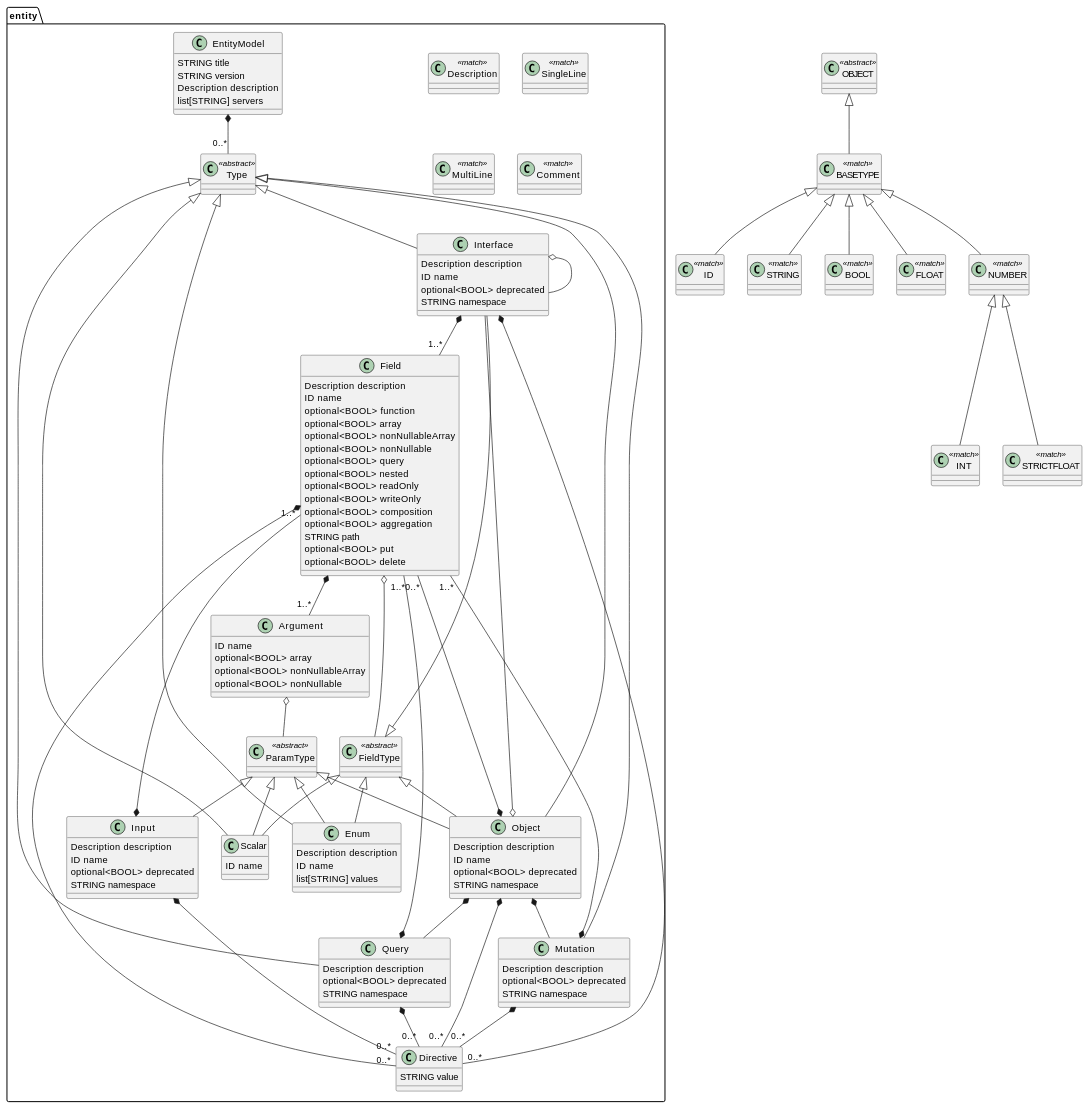
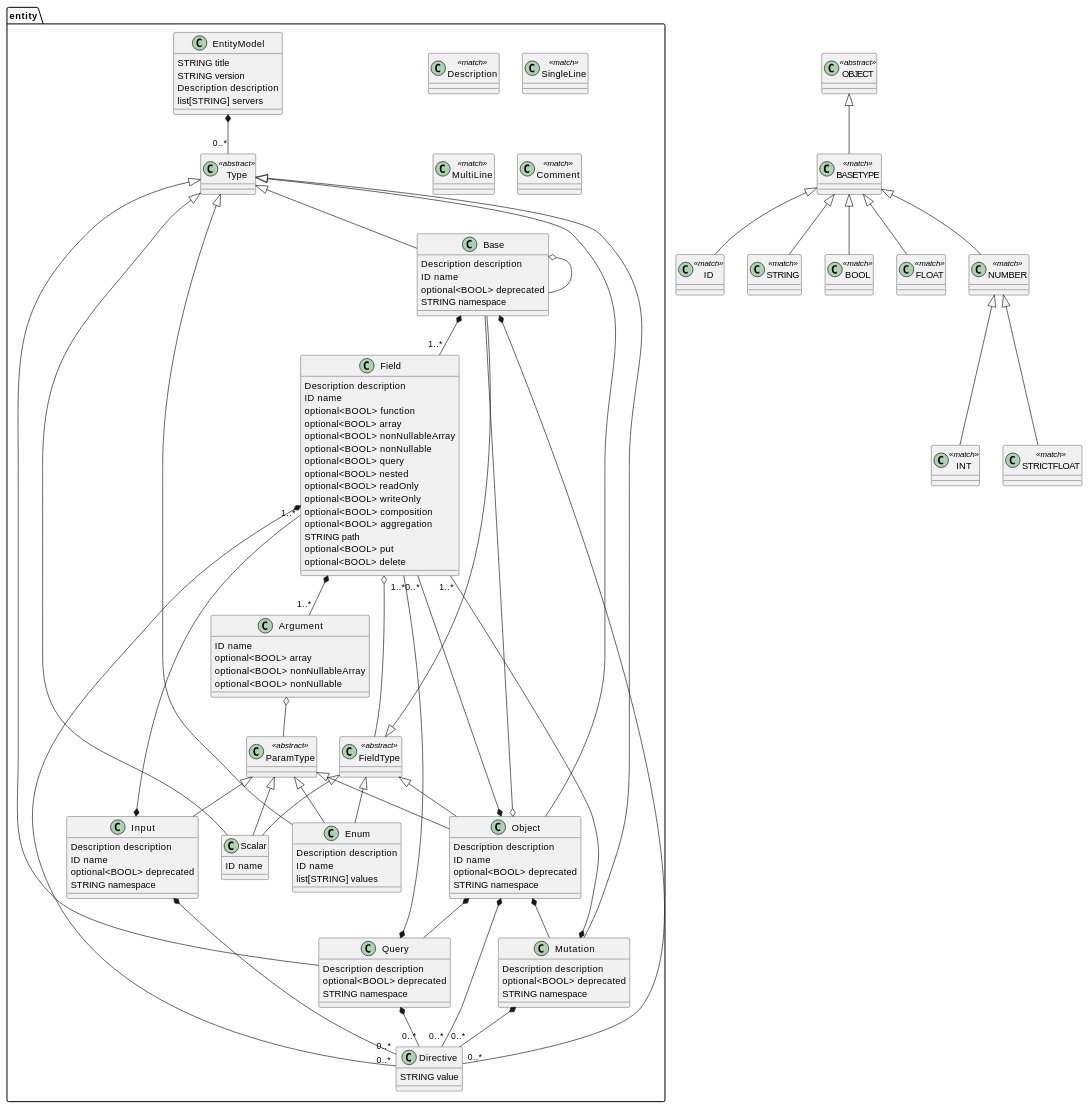
Before and after one commit to henn1001/QSDL: the diagram in qsdl/definition/entity.md, drawn with PlantUML. The commit also changed 16 other files, not shown here.

First line of the commit message:
refactor(grammar): rename interface to base

```diff
--- a/qsdl/definition/entity.md
+++ b/qsdl/definition/entity.md
@@ -35,7 +35,7 @@
 }
 
 
-class entity.Interface  {
+class entity.Base  {
   Description description
   ID name
   optional<BOOL> deprecated
@@ -160,28 +160,28 @@
 entity.EntityModel *-- "0..*" entity.Type
 entity.Type <|-- entity.Scalar
 entity.Type <|-- entity.Enum
-entity.Type <|-- entity.Interface
+entity.Type <|-- entity.Base
 entity.Type <|-- entity.Query
 entity.Type <|-- entity.Mutation
 entity.Type <|-- entity.Object
 entity.FieldType <|-- entity.Scalar
 entity.FieldType <|-- entity.Enum
-entity.FieldType <|-- entity.Interface
+entity.FieldType <|-- entity.Base
 entity.FieldType <|-- entity.Object
 entity.ParamType <|-- entity.Scalar
 entity.ParamType <|-- entity.Enum
 entity.ParamType <|-- entity.Input
 entity.ParamType <|-- entity.Object
-entity.Interface o-- entity.Interface
-entity.Interface *-- "0..*" entity.Directive
-entity.Interface *-- "1..*" entity.Field
+entity.Base o-- entity.Base
+entity.Base *-- "0..*" entity.Directive
+entity.Base *-- "1..*" entity.Field
 entity.Input *-- "0..*" entity.Directive
 entity.Input *-- "1..*" entity.Field
 entity.Query *-- "0..*" entity.Directive
 entity.Query *-- "1..*" entity.Field
 entity.Mutation *-- "0..*" entity.Directive
 entity.Mutation *-- "1..*" entity.Field
-entity.Object o-- entity.Interface
+entity.Object o-- entity.Base
 entity.Object *-- "0..*" entity.Directive
 entity.Object *-- "0..*" entity.Field
 entity.Object *-- entity.Query
```
